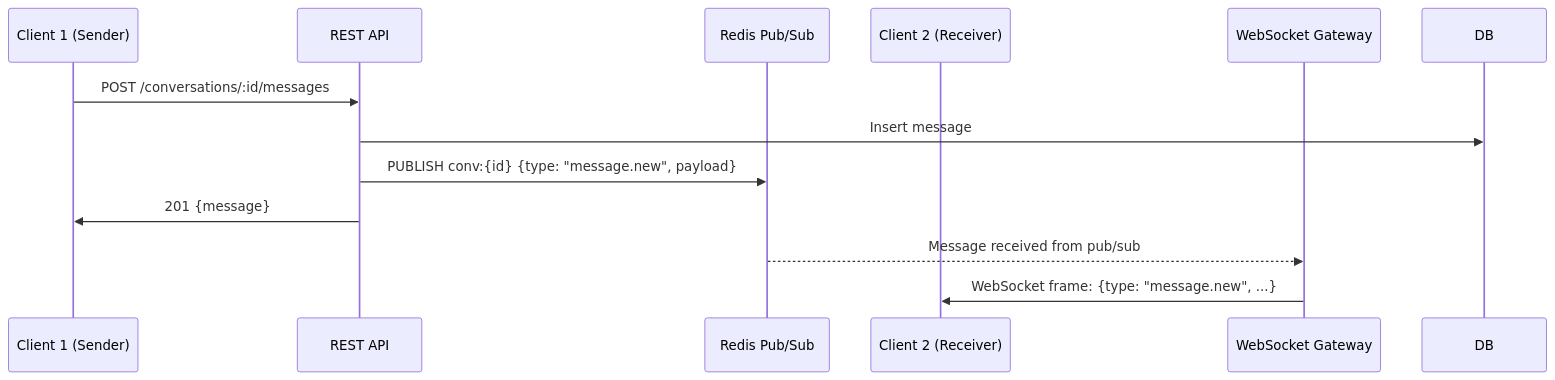
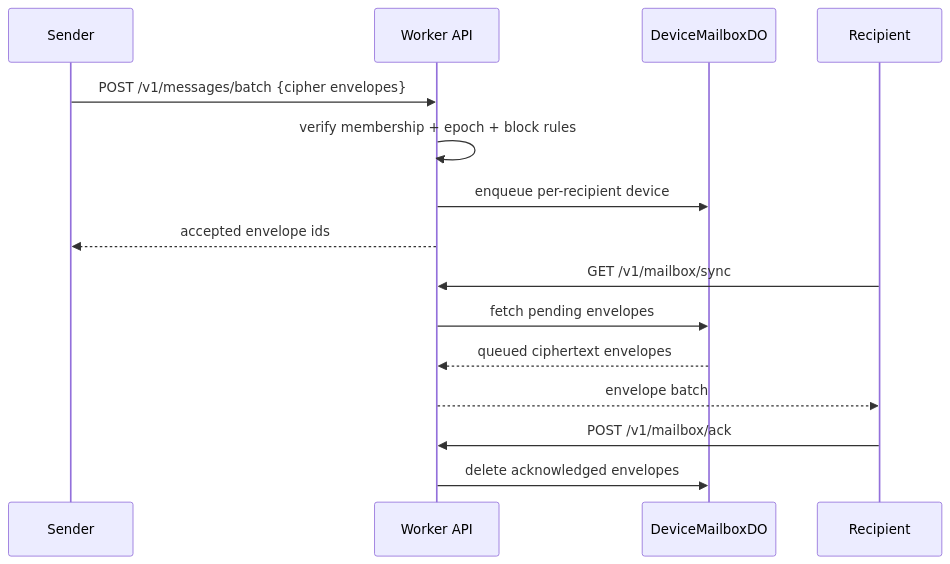
One commit to jhwodchuck/EmberChamber changed the third of 3 diagrams in docs/architecture.md. Above: the diagram before and after it, drawn with Mermaid. The commit also changed other lines of this file and 170 other files, not shown here.

````diff
--- a/docs/architecture.md
+++ b/docs/architecture.md
@@ -104,16 +75,20 @@
 ```mermaid
 sequenceDiagram
-    participant C1 as Client 1 (Sender)
-    participant API as REST API
-    participant R as Redis Pub/Sub
-    participant C2 as Client 2 (Receiver)
-    participant WS as WebSocket Gateway
+    participant Sender
+    participant Relay as Worker API
+    participant Mailbox as DeviceMailboxDO
+    participant Recipient
 
-    C1->>API: POST /conversations/:id/messages
-    API->>DB: Insert message
-    API->>R: PUBLISH conv:{id} {type: "message.new", payload}
-    API->>C1: 201 {message}
+    Sender->>Relay: POST /v1/messages/batch {cipher envelopes}
+    Relay->>Relay: verify membership + epoch + block rules
+    Relay->>Mailbox: enqueue per-recipient device
+    Relay-->>Sender: accepted envelope ids
 
-    R-->>WS: Message received from pub/sub
-    WS->>C2: WebSocket frame: {type: "message.new", ...}
+    Recipient->>Relay: GET /v1/mailbox/sync
+    Relay->>Mailbox: fetch pending envelopes
+    Mailbox-->>Relay: queued ciphertext envelopes
+    Relay-->>Recipient: envelope batch
+
+    Recipient->>Relay: POST /v1/mailbox/ack
+    Relay->>Mailbox: delete acknowledged envelopes
 ```
````
